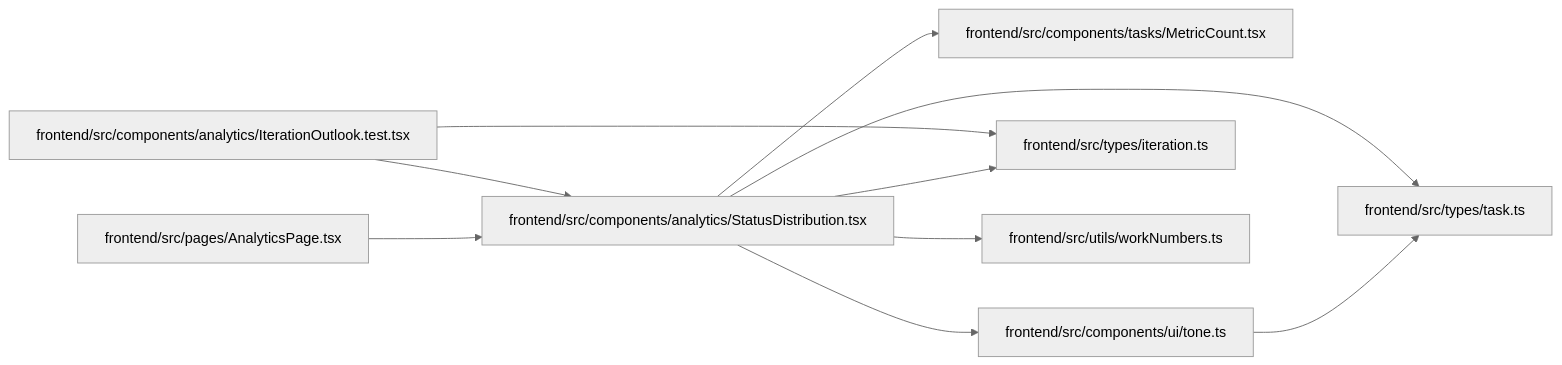
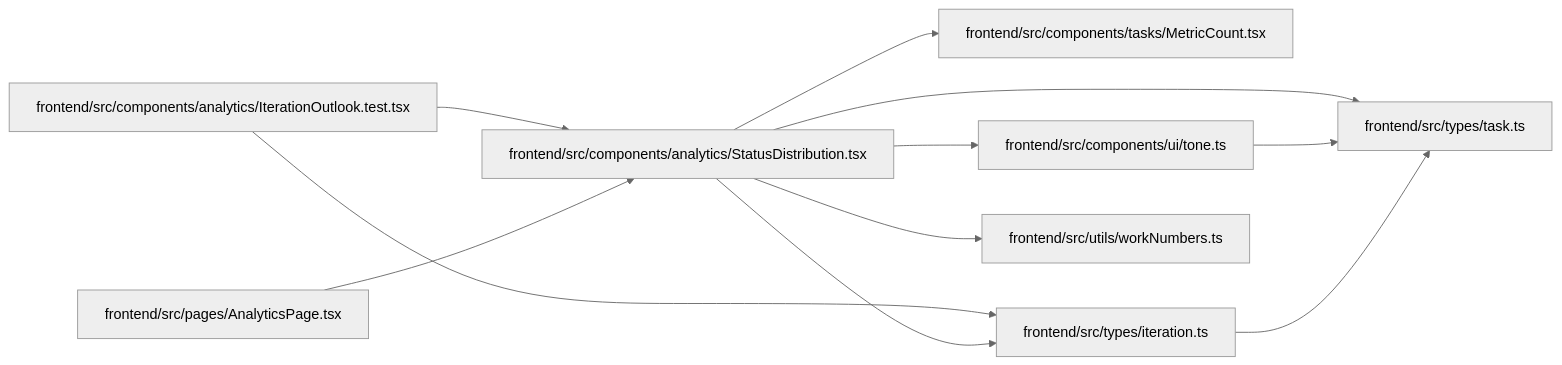
Before and after one commit to Denissvgn/WorkChord: the diagram in docs/llm_wiki/modules/StatusDistribution.md, drawn with Mermaid (neutral theme). The commit also changed 904 other files, not shown here.

Commit message:
Sync the architectural wiki for terminal task states

````diff
--- a/docs/llm_wiki/modules/StatusDistribution.md
+++ b/docs/llm_wiki/modules/StatusDistribution.md
@@ -32,28 +32,29 @@
 ```mermaid
 flowchart LR
     n0["frontend/src/components/analytics/IterationOutlook.test.tsx"]
     n1["frontend/src/components/analytics/StatusDistribution.tsx"]
     n2["frontend/src/components/tasks/MetricCount.tsx"]
     n3["frontend/src/components/ui/tone.ts"]
     n4["frontend/src/pages/AnalyticsPage.tsx"]
     n5["frontend/src/types/iteration.ts"]
     n6["frontend/src/types/task.ts"]
     n7["frontend/src/utils/workNumbers.ts"]
     n0 --> n1
     n0 --> n5
     n1 --> n2
     n1 --> n3
     n1 --> n5
     n1 --> n6
     n1 --> n7
     n3 --> n6
     n4 --> n1
+    n5 --> n6
     click n0 "../modules/IterationOutlook.test.md"
     click n1 "../modules/StatusDistribution.md"
     click n2 "../modules/MetricCount.md"
     click n3 "../modules/tone.md"
     click n4 "../modules/AnalyticsPage.md"
     click n5 "../modules/types_iteration.md"
     click n6 "../modules/types_task.md"
     click n7 "../modules/workNumbers.md"
 ```
````
